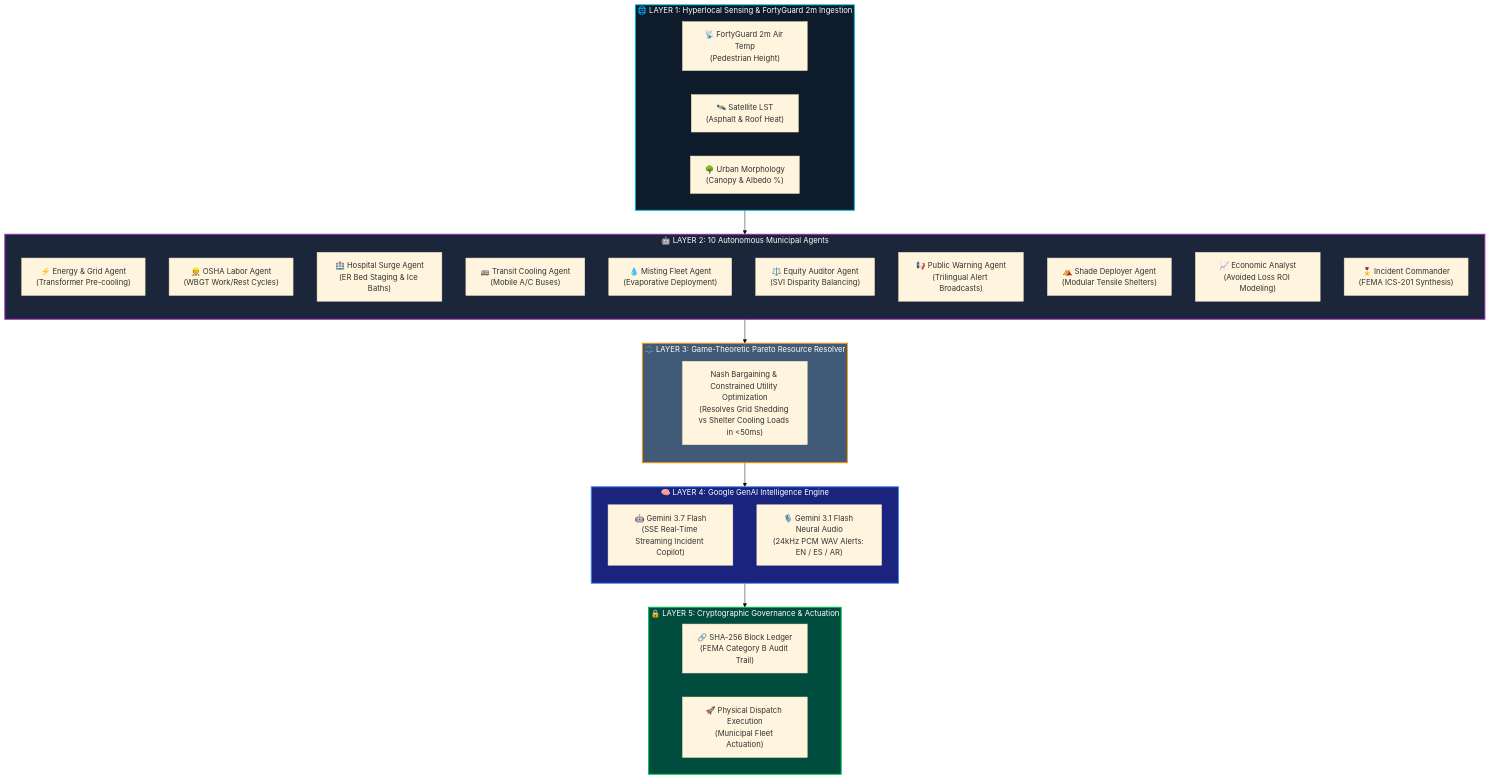
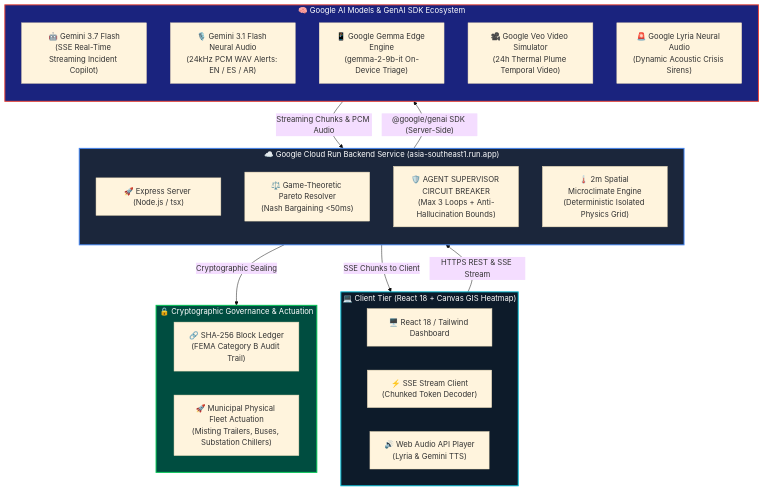
One commit to Arnab758/Heatsentry changed the diagram in README.md. Above: the diagram before and after it, drawn with Mermaid (base theme). The commit also changed other lines of this file and 9 other files, not shown here.

````diff
--- a/README.md
+++ b/README.md
@@ -81,51 +62,43 @@
 ```mermaid
 flowchart TB
-    subgraph L1["🌐 LAYER 1: Hyperlocal Sensing & FortyGuard 2m Ingestion"]
+    subgraph CLIENT["💻 Client Tier (React 18 + Canvas GIS Heatmap)"]
         direction LR
-        FG1["📡 FortyGuard 2m Air Temp<br/>(Pedestrian Height)"]
-        FG2["🛰️ Satellite LST<br/>(Asphalt & Roof Heat)"]
-        FG3["🌳 Urban Morphology<br/>(Canopy & Albedo %)"]
+        UI["🖥️ React 18 / Tailwind Dashboard"]
+        SSE_CLI["⚡ SSE Stream Client<br/>(Chunked Token Decoder)"]
+        AUDIO_CLI["🔊 Web Audio API Player<br/>(Lyria & Gemini TTS)"]
     end
 
-    subgraph L2["🤖 LAYER 2: 10 Autonomous Municipal Agents"]
+    subgraph CLOUD_RUN["☁️ Google Cloud Run Backend Service (asia-southeast1.run.app)"]
         direction TB
-        A1["⚡ Energy & Grid Agent<br/>(Transformer Pre-cooling)"]
-        A2["👷 OSHA Labor Agent<br/>(WBGT Work/Rest Cycles)"]
-        A3["🏥 Hospital Surge Agent<br/>(ER Bed Staging & Ice Baths)"]
-        A4["🚌 Transit Cooling Agent<br/>(Mobile A/C Buses)"]
-        A5["💧 Misting Fleet Agent<br/>(Evaporative Deployment)"]
-        A6["⚖️ Equity Auditor Agent<br/>(SVI Disparity Balancing)"]
-        A7["📢 Public Warning Agent<br/>(Trilingual Alert Broadcasts)"]
-        A8["⛺ Shade Deployer Agent<br/>(Modular Tensile Shelters)"]
-        A9["📈 Economic Analyst<br/>(Avoided Loss ROI Modeling)"]
-        A10["🎖️ Incident Commander<br/>(FEMA ICS-201 Synthesis)"]
+        EXP["🚀 Express Server (Node.js / tsx)"]
+        NASH["⚖️ Game-Theoretic Pareto Resolver<br/>(Nash Bargaining <50ms)"]
+        SUP["🛡️ AGENT SUPERVISOR CIRCUIT BREAKER<br/>(Max 3 Loops + Anti-Hallucination Bounds)"]
+        PHYS["🌡️ 2m Spatial Microclimate Engine<br/>(Deterministic Isolated Physics Grid)"]
     end
 
-    subgraph L3["⚖️ LAYER 3: Game-Theoretic Pareto Resource Resolver"]
-        direction TB
-        NASH["Nash Bargaining & Constrained Utility Optimization<br/>(Resolves Grid Shedding vs Shelter Cooling Loads in <50ms)"]
-    end
-
-    subgraph L4["🧠 LAYER 4: Google GenAI Intelligence Engine"]
+    subgraph GOOGLE_AI["🧠 Google AI Models & GenAI SDK Ecosystem"]
         direction TB
         G37["🤖 Gemini 3.7 Flash<br/>(SSE Real-Time Streaming Incident Copilot)"]
         TTS["🎙️ Gemini 3.1 Flash Neural Audio<br/>(24kHz PCM WAV Alerts: EN / ES / AR)"]
+        GEMMA["📱 Google Gemma Edge Engine<br/>(gemma-2-9b-it On-Device Triage)"]
+        VEO["🎥 Google Veo Video Simulator<br/>(24h Thermal Plume Temporal Video)"]
+        LYRIA["🚨 Google Lyria Neural Audio<br/>(Dynamic Acoustic Crisis Sirens)"]
     end
 
-    subgraph L5["🔒 LAYER 5: Cryptographic Governance & Actuation"]
+    subgraph GOVERNANCE["🔒 Cryptographic Governance & Actuation"]
         direction LR
         LEDGER["🔗 SHA-256 Block Ledger<br/>(FEMA Category B Audit Trail)"]
-        DISPATCH["🚀 Physical Dispatch Execution<br/>(Municipal Fleet Actuation)"]
+        DISPATCH["🚀 Municipal Physical Fleet Actuation<br/>(Misting Trailers, Buses, Substation Chillers)"]
     end
 
-    L1 --> L2
-    L2 --> L3
-    L3 --> L4
-    L4 --> L5
+    CLIENT -->|"HTTPS REST & SSE Stream"| CLOUD_RUN
+    CLOUD_RUN -->|"@google/genai SDK (Server-Side)"| GOOGLE_AI
+    GOOGLE_AI -->|"Streaming Chunks & PCM Audio"| CLOUD_RUN
+    CLOUD_RUN -->|"Cryptographic Sealing"| GOVERNANCE
+    CLOUD_RUN -->|"SSE Chunks to Client"| CLIENT
 
-    style L1 fill:#0d1b2a,stroke:#00bcd4,stroke-width:2px,color:#fff
-    style L2 fill:#1b263b,stroke:#9c27b0,stroke-width:2px,color:#fff
-    style L3 fill:#415a77,stroke:#ff9800,stroke-width:2px,color:#fff
-    style L4 fill:#1a237e,stroke:#4285f4,stroke-width:2px,color:#fff
-    style L5 fill:#004d40,stroke:#00c853,stroke-width:2px,color:#fff
+    style CLIENT fill:#0d1b2a,stroke:#00bcd4,stroke-width:2px,color:#fff
+    style CLOUD_RUN fill:#1b263b,stroke:#4285f4,stroke-width:2px,color:#fff
+    style GOOGLE_AI fill:#1a237e,stroke:#ea4335,stroke-width:2px,color:#fff
+    style GOVERNANCE fill:#004d40,stroke:#00c853,stroke-width:2px,color:#fff
 ```
````
